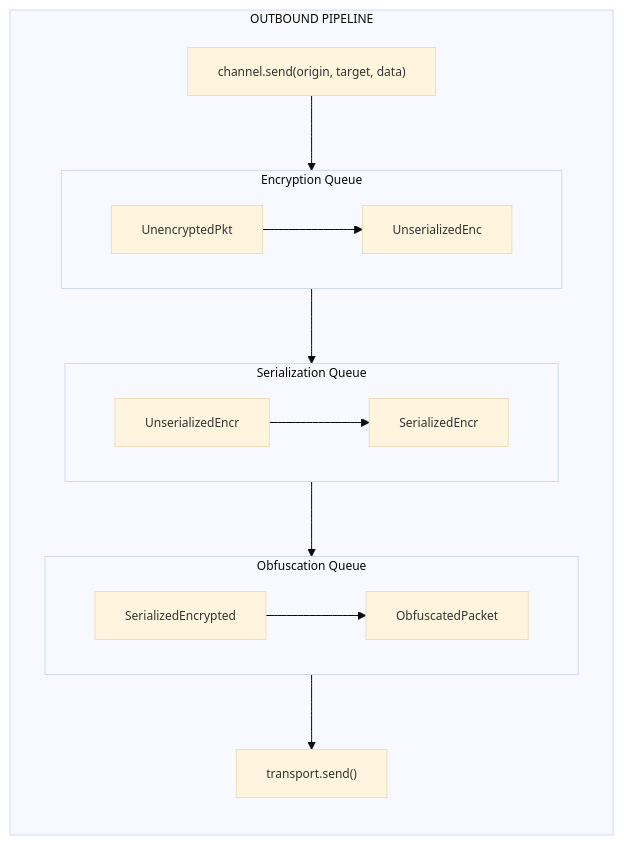
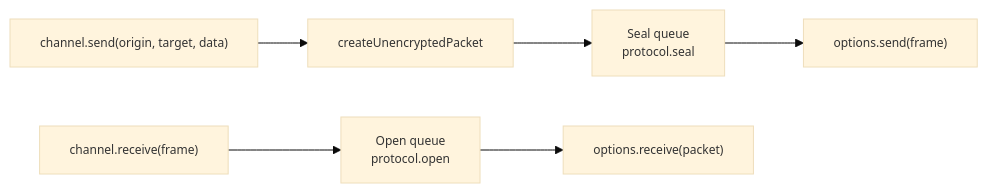
One commit to AndrewRedican/hyperfrontend changed the diagram in libs/network-protocol/src/lib/channel/README.md. Above: the diagram before and after it, drawn with Mermaid. The commit also changed other lines of this file and 28 other files, not shown here.

````diff
--- a/libs/network-protocol/src/lib/channel/README.md
+++ b/libs/network-protocol/src/lib/channel/README.md
@@ -184,37 +136,15 @@
 ```mermaid
 ---
 config:
   theme: base
   themeVariables:
     fontSize: 12px
 ---
 flowchart LR
-    subgraph OutboundPipeline["OUTBOUND PIPELINE"]
-        Send["channel.send(origin, target, data)"]
+    Send["channel.send(origin, target, data)"] --> Build["createUnencryptedPacket"]
+    Build --> SealQ["Seal queue<br/>protocol.seal"]
+    SealQ --> Transport["options.send(frame)"]
 
-        subgraph EncQueue["Encryption Queue"]
-            Enc1["UnencryptedPkt"]
-            Enc2["UnserializedEnc"]
-            Enc1 --> Enc2
-        end
-
-        subgraph SerQueue["Serialization Queue"]
-            Ser1["UnserializedEncr"]
-            Ser2["SerializedEncr"]
-            Ser1 --> Ser2
-        end
-
-        subgraph ObfQueue["Obfuscation Queue"]
-            Obf1["SerializedEncrypted"]
-            Obf2["ObfuscatedPacket"]
-            Obf1 --> Obf2
-        end
-
-        Transport["transport.send()"]
-
-        Send --> EncQueue
-        EncQueue --> SerQueue
-        SerQueue --> ObfQueue
-        ObfQueue --> Transport
-    end
+    Wire["channel.receive(frame)"] --> OpenQ["Open queue<br/>protocol.open"]
+    OpenQ --> Deliver["options.receive(packet)"]
 ```
````
